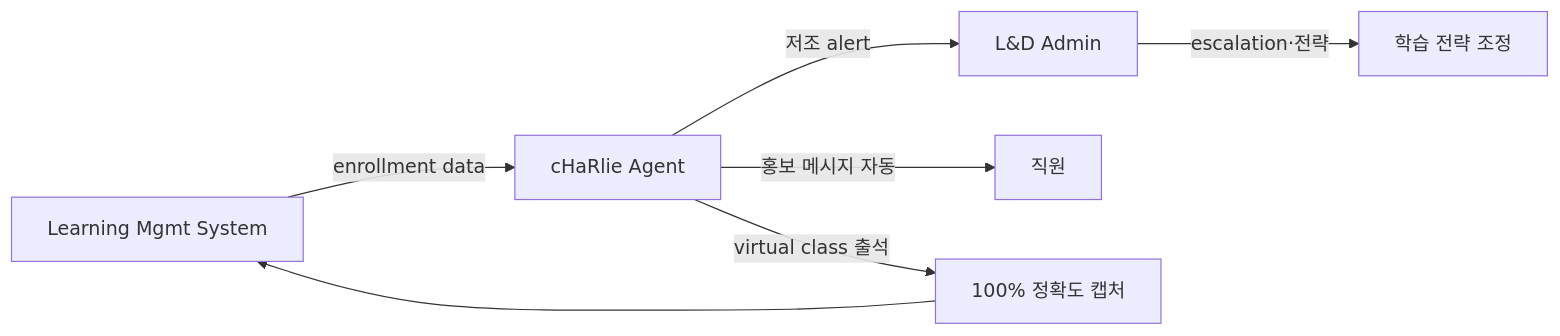
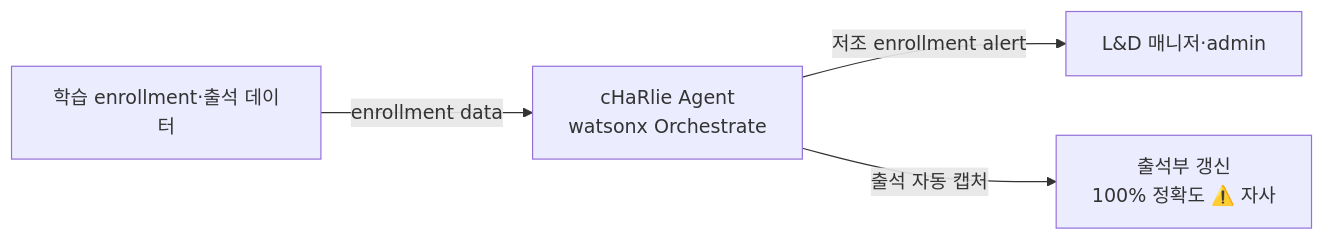
The diagram in wiki/usecases/ibm-charlie-learning-ops-agent.md (jameskim1st/hr-ai-benchmark), drawn with Mermaid before and after one commit. The commit also changed other lines of this file and 222 other files, not shown here.

````diff
--- a/wiki/usecases/ibm-charlie-learning-ops-agent.md
+++ b/wiki/usecases/ibm-charlie-learning-ops-agent.md
@@ -75,9 +68,6 @@
 ```mermaid
 flowchart LR
-    LMS[Learning Mgmt System] -->|enrollment data| Charlie[cHaRlie Agent]
-    Charlie -->|저조 alert| Admin[L&D Admin]
-    Charlie -->|홍보 메시지 자동| Emp[직원]
-    Charlie -->|virtual class 출석| Capture[100% 정확도 캡처]
-    Capture --> LMS
-    Admin -->|escalation·전략| Strategy[학습 전략 조정]
+    LMS[학습 enrollment·출석 데이터] -->|enrollment data| Charlie[cHaRlie Agent<br/>watsonx Orchestrate]
+    Charlie -->|저조 enrollment alert| Admin[L&D 매니저·admin]
+    Charlie -->|출석 자동 캡처| Capture[출석부 갱신<br/>100% 정확도 ⚠️ 자사]
 ```
````
